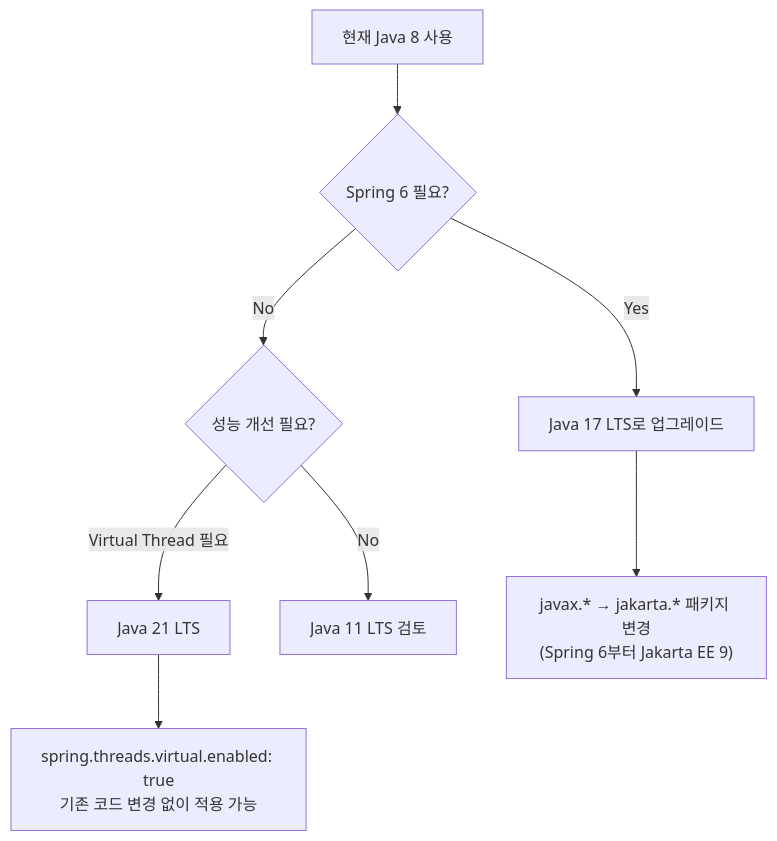
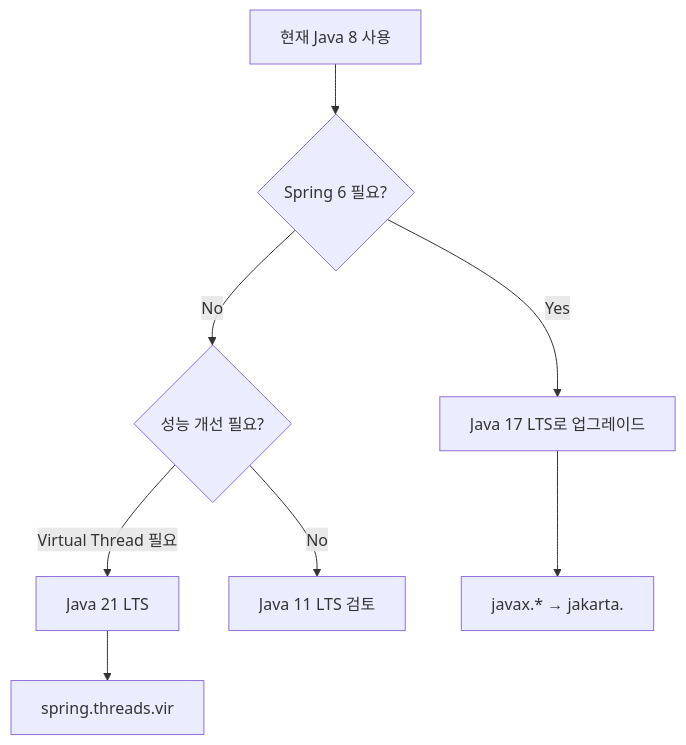
The third of 3 diagrams in _posts/java/2026-05-02-java-versions.md (yjkim2015/yjkim2015.github.io), drawn with Mermaid before and after one commit. The commit also changed other lines of this file and 271 other files, not shown here.

First line of the commit message:
Mermaid 라벨 축소: 긴 노드 텍스트 18자 이하로 트림 + \n 제거

````diff
--- a/_posts/java/2026-05-02-java-versions.md
+++ b/_posts/java/2026-05-02-java-versions.md
@@ -763,10 +763,10 @@
 ```mermaid
 flowchart TD
     A["현재 Java 8 사용"] --> B{"Spring 6 필요?"}
     B -->|Yes| C["Java 17 LTS로 업그레이드"]
     B -->|No| D{"성능 개선 필요?"}
     D -->|"Virtual Thread 필요"| E["Java 21 LTS"]
     D -->|No| F["Java 11 LTS 검토"]
-    C --> G["javax.* → jakarta.* 패키지 변경\n(Spring 6부터 Jakarta EE 9)"]
-    E --> I["spring.threads.virtual.enabled: true\n기존 코드 변경 없이 적용 가능"]
+    C --> G["javax.* → jakarta."]
+    E --> I["spring.threads.vir"]
 ```
````
